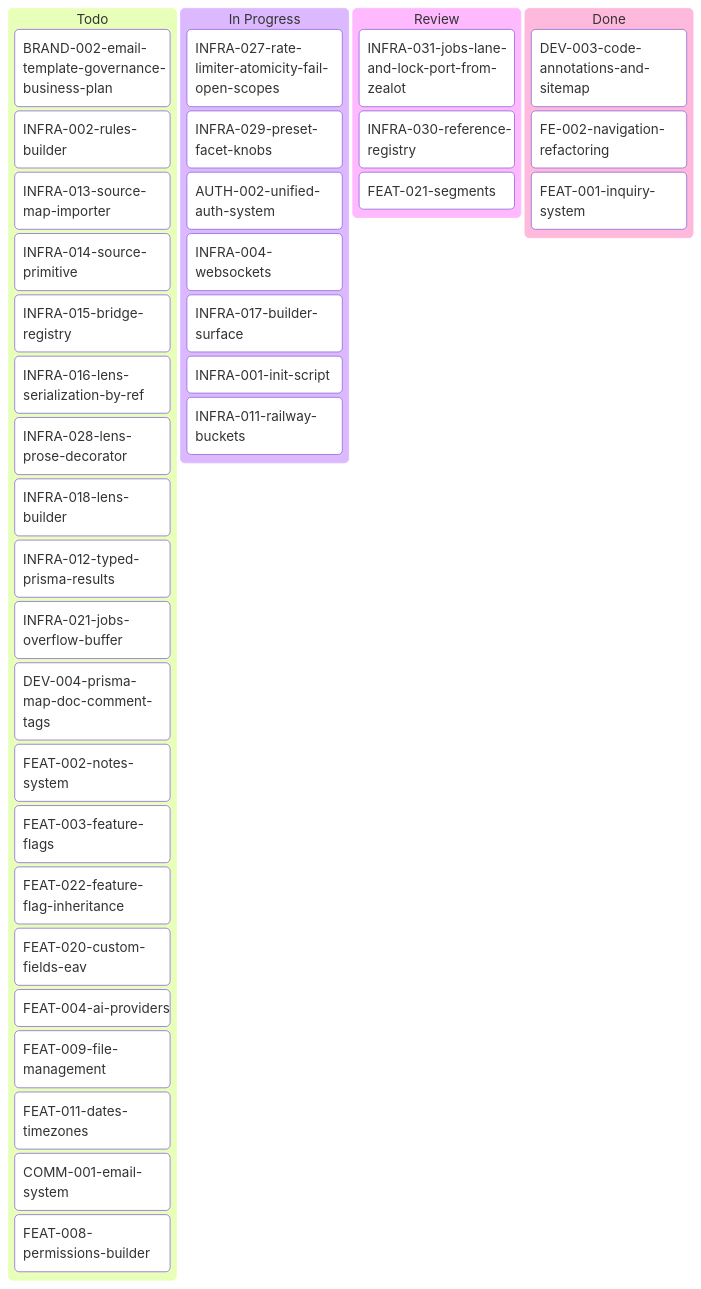
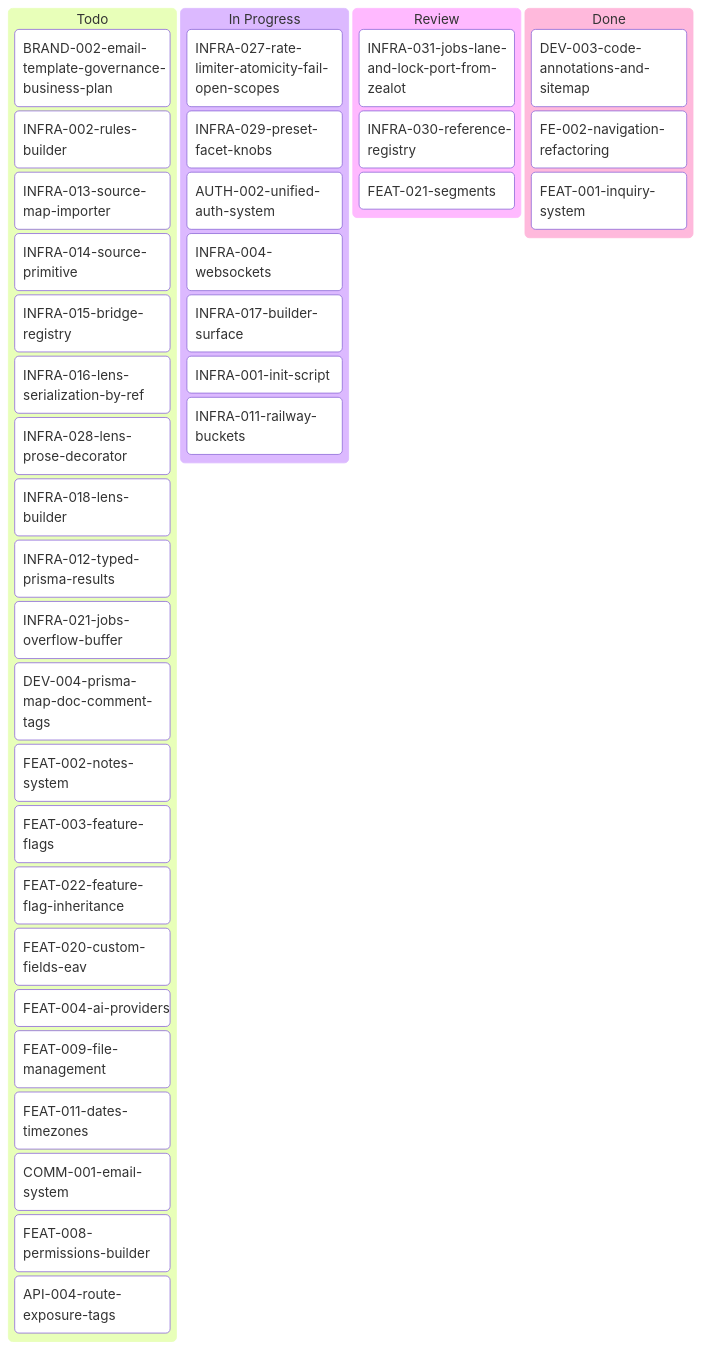
Before and after one commit to inixiative/template: the diagram in tickets/kanban-aron.md, drawn with Mermaid. The commit also changed other lines of this file and 21 other files, not shown here.

````diff
--- a/tickets/kanban-aron.md
+++ b/tickets/kanban-aron.md
@@ -3,45 +3,46 @@
 ```mermaid
 ---
 config:
   kanban:
     ticketBaseUrl: 'https://github.com/yourorg/template/blob/main/tickets/#TICKET#'
 ---
 kanban
   Todo
     BRAND-002-email-template-governance-business-plan
     INFRA-002-rules-builder
     INFRA-013-source-map-importer
     INFRA-014-source-primitive
     INFRA-015-bridge-registry
     INFRA-016-lens-serialization-by-ref
     INFRA-028-lens-prose-decorator
     INFRA-018-lens-builder
     INFRA-012-typed-prisma-results
     INFRA-021-jobs-overflow-buffer
     DEV-004-prisma-map-doc-comment-tags
     FEAT-002-notes-system
     FEAT-003-feature-flags
     FEAT-022-feature-flag-inheritance
     FEAT-020-custom-fields-eav
     FEAT-004-ai-providers
     FEAT-009-file-management
     FEAT-011-dates-timezones
     COMM-001-email-system
     FEAT-008-permissions-builder
+    API-004-route-exposure-tags
   In Progress
     INFRA-027-rate-limiter-atomicity-fail-open-scopes
     INFRA-029-preset-facet-knobs
     AUTH-002-unified-auth-system
     INFRA-004-websockets
     INFRA-017-builder-surface
     INFRA-001-init-script
     INFRA-011-railway-buckets
   Review
     INFRA-031-jobs-lane-and-lock-port-from-zealot
     INFRA-030-reference-registry
     FEAT-021-segments
   Done
     DEV-003-code-annotations-and-sitemap
     FE-002-navigation-refactoring
     FEAT-001-inquiry-system
 ```
````
